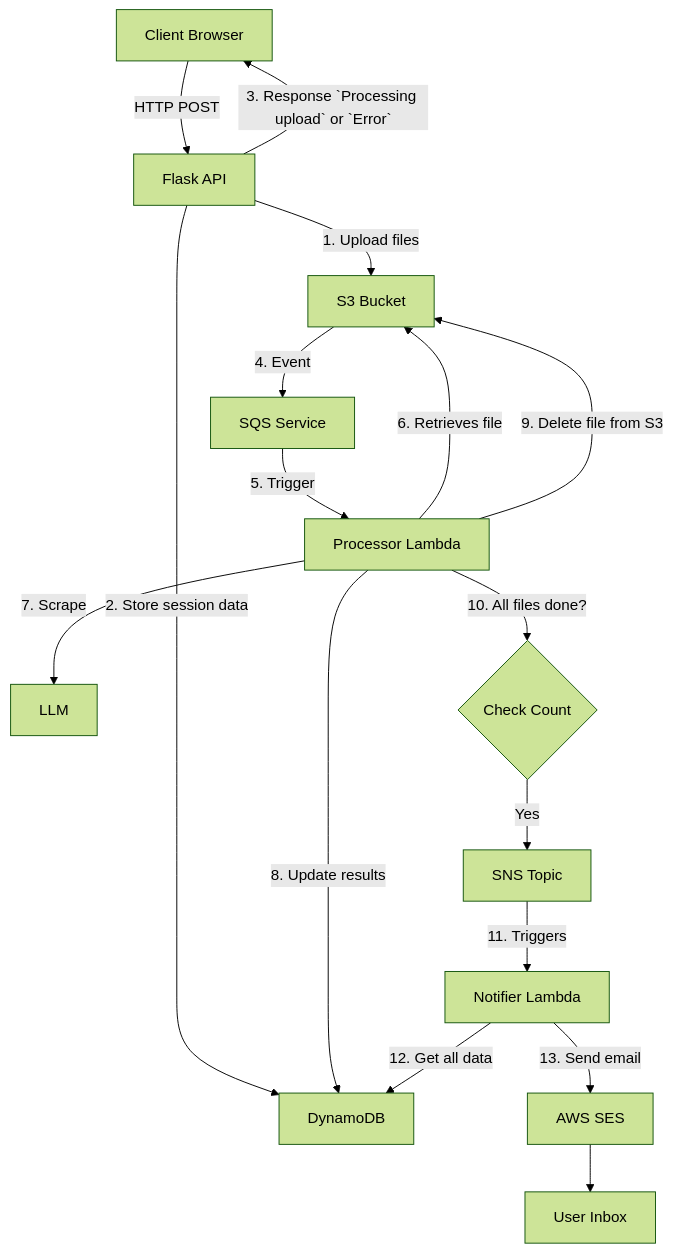
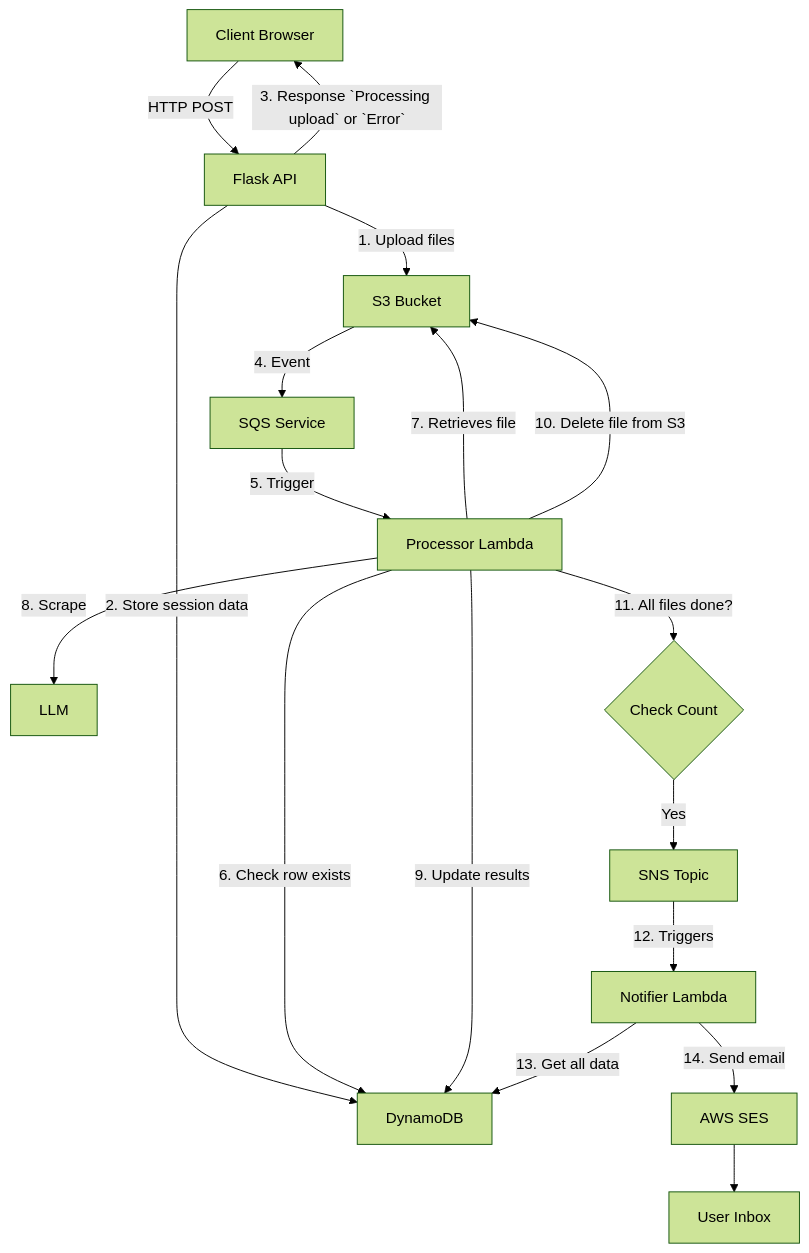
One commit to TheBigBookMan/DocDigest changed the diagram in README.md. Above: the diagram before and after it, drawn with Mermaid (forest theme).

Commit message:
update architecture design flow

````diff
--- a/README.md
+++ b/README.md
@@ -14,20 +14,21 @@
 ```mermaid
 flowchart TD;
     client[Client Browser] -->|HTTP POST| api[Flask API];
     api -->|1. Upload files| s3_bucket[S3 Bucket];
     api -->|2. Store session data| dynamo_db[DynamoDB]
     api -->|3. Response `Processing upload` or `Error`| client;
 
     s3_bucket -->|4. Event| sqs_service[SQS Service];
     sqs_service -->|5. Trigger| processing_lambda[Processor Lambda];
-    processing_lambda --> |6. Retrieves file| s3_bucket;
-    processing_lambda -->|7. Scrape| llm[LLM];
-    processing_lambda -->|8. Update results| dynamo_db;
-    processing_lambda -->|9. Delete file from S3| s3_bucket;
-    processing_lambda -->|10. All files done?| check{Check Count};
+    processing_lambda -->|6. Check row exists| dynamo_db;
+    processing_lambda -->|7. Retrieves file| s3_bucket;
+    processing_lambda -->|8. Scrape| llm[LLM];
+    processing_lambda -->|9. Update results| dynamo_db;
+    processing_lambda -->|10. Delete file from S3| s3_bucket;
+    processing_lambda -->|11. All files done?| check{Check Count};
     check -- Yes --> sns[SNS Topic];
-    sns -->|11. Triggers| notifier_lambda[Notifier Lambda];
-    notifier_lambda -->|12. Get all data| dynamo_db;
-    notifier_lambda -->|13. Send email| ses[AWS SES];
+    sns -->|12. Triggers| notifier_lambda[Notifier Lambda];
+    notifier_lambda -->|13. Get all data| dynamo_db;
+    notifier_lambda -->|14. Send email| ses[AWS SES];
     ses --> user[User Inbox];
 ```
````
